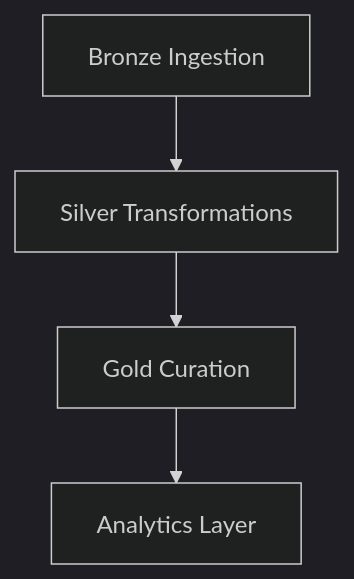
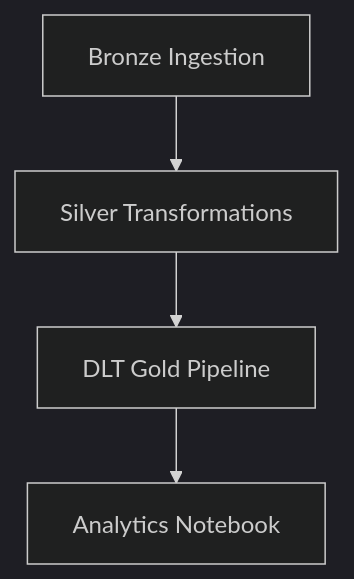
Before and after one commit to Smonsalve09/end-to-end-medallion-lakehouse-with-autoloader-dlt-and-workflows-on-databricks: the fifth of 5 diagrams in README.md, drawn with Mermaid (dark theme). The commit also changed other lines of this file, not shown here.

First line of the commit message:
Revise README for project overview and architecture details

````diff
--- a/README.md
+++ b/README.md
@@ -271,11 +395,11 @@
 ```mermaid
 flowchart TD
 
-    A[Bronze Ingestion]
+A[Bronze Ingestion]
 
-    --> B[Silver Transformations]
+--> B[Silver Transformations]
 
-    --> C[Gold Curation]
+--> C[DLT Gold Pipeline]
 
-    --> D[Analytics Layer]
+--> D[Analytics Notebook]
 ```
````
